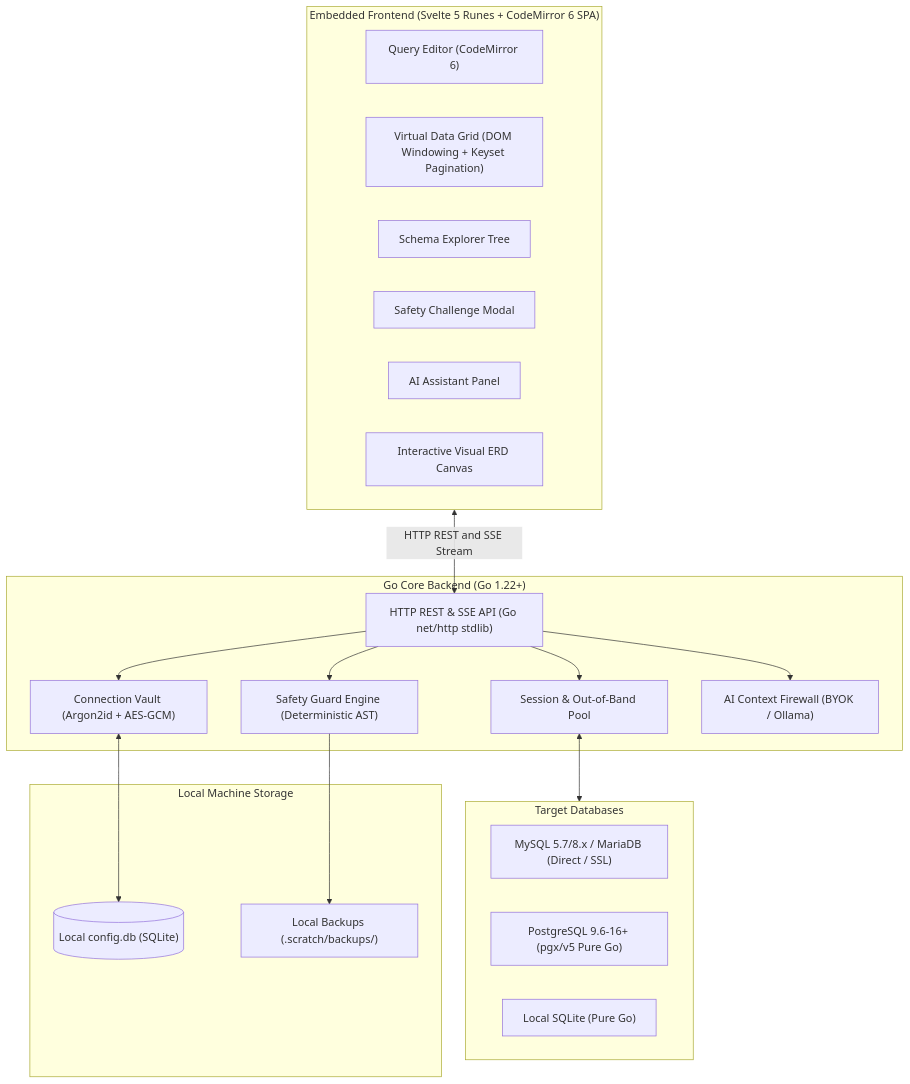
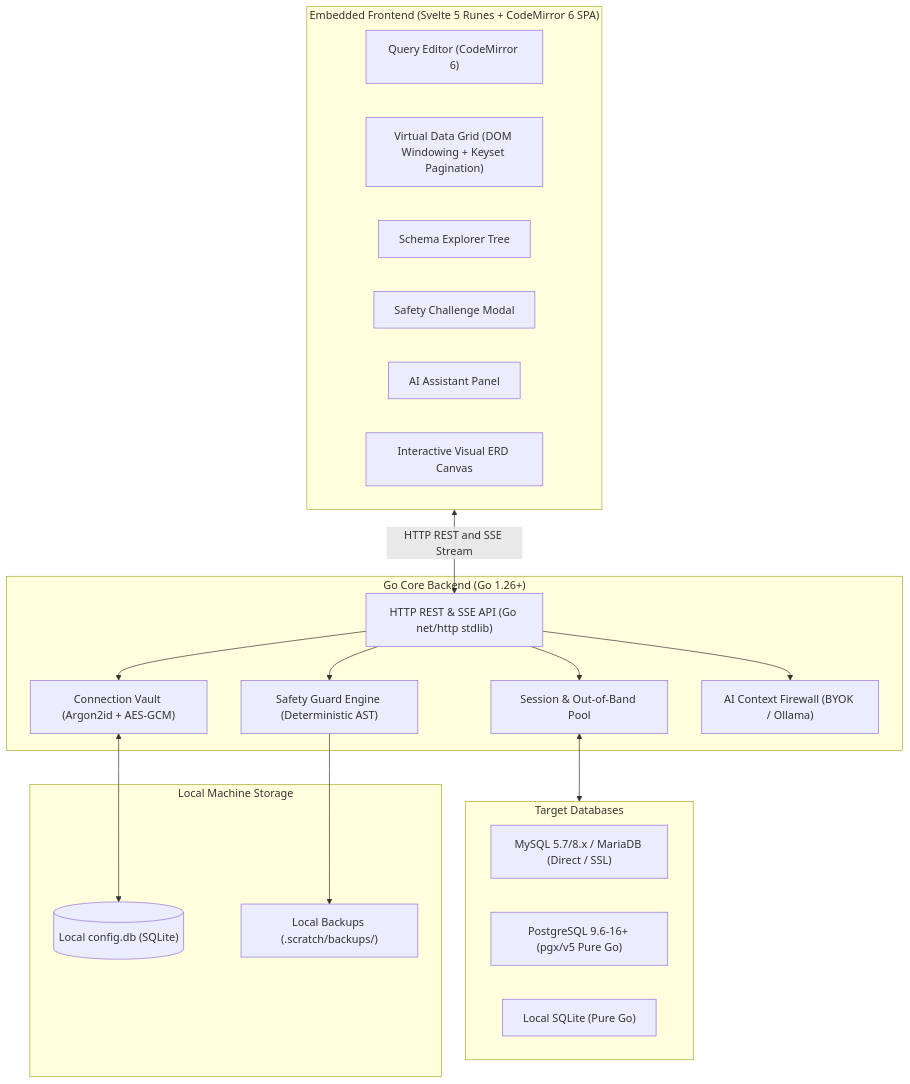
One commit to herliansyah/sqlfox changed the first of 26 diagrams in ARCHITECTURE.md. Above: the diagram before and after it, drawn with Mermaid. The commit also changed other lines of this file and 345 other files, not shown here.

````diff
--- a/ARCHITECTURE.md
+++ b/ARCHITECTURE.md
@@ -9,39 +9,39 @@
 ```mermaid
 flowchart TD
     subgraph UI ["Embedded Frontend (Svelte 5 Runes + CodeMirror 6 SPA)"]
         UI_Editor["Query Editor (CodeMirror 6)"]
         UI_Grid["Virtual Data Grid (DOM Windowing + Keyset Pagination)"]
         UI_Tree["Schema Explorer Tree"]
         UI_Guard["Safety Challenge Modal"]
         UI_AI["AI Assistant Panel"]
         UI_ERD["Interactive Visual ERD Canvas"]
     end
 
-    subgraph GoCore ["Go Core Backend (Go 1.22+)"]
+    subgraph GoCore ["Go Core Backend (Go 1.26+)"]
         API["HTTP REST & SSE API (Go net/http stdlib)"]
         Vault["Connection Vault (Argon2id + AES-GCM)"]
         Safety["Safety Guard Engine (Deterministic AST)"]
         SessionMgr["Session & Out-of-Band Pool"]
         AIProxy["AI Context Firewall (BYOK / Ollama)"]
     end
 
     subgraph TargetDB ["Target Databases"]
         MySQL["MySQL 5.7/8.x / MariaDB (Direct / SSL)"]
         Postgres["PostgreSQL 9.6-16+ (pgx/v5 Pure Go)"]
         SQLite["Local SQLite (Pure Go)"]
     end
 
     subgraph Storage ["Local Machine Storage"]
         ConfigDB[("Local config.db (SQLite)")]
         DumpDir["Local Backups (.scratch/backups/)"]
     end
 
     UI <-->|HTTP REST and SSE Stream| API
     API --> Vault
     API --> Safety
     API --> SessionMgr
     API --> AIProxy
     Vault <--> ConfigDB
     Safety --> DumpDir
     SessionMgr <--> TargetDB
 ```
````
